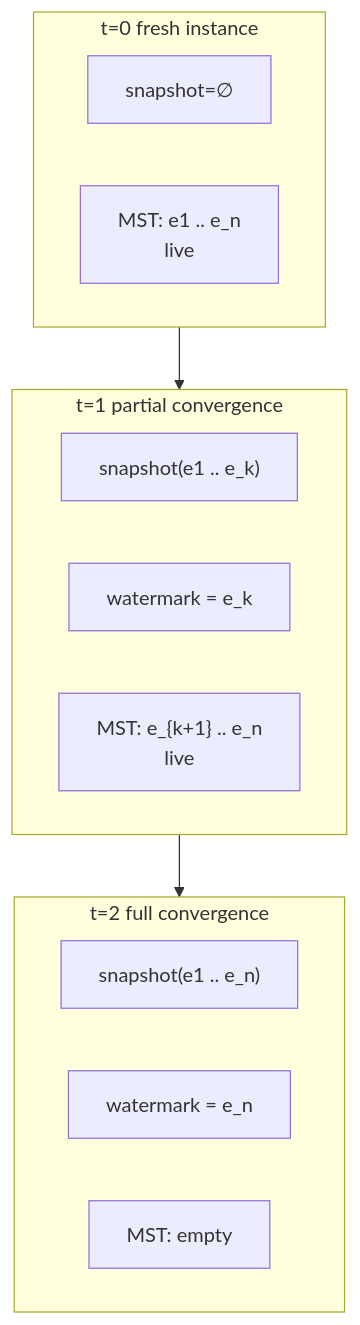
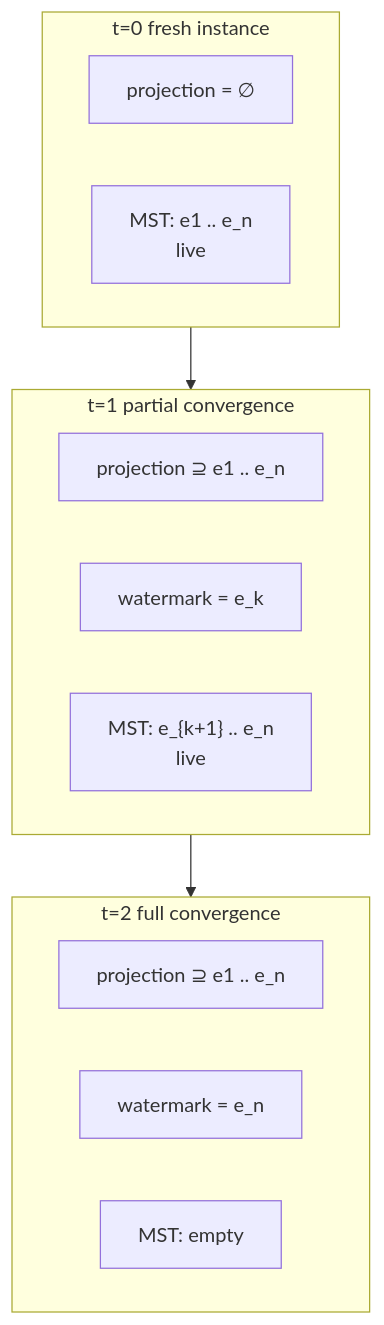
One commit to bondy-io/bondy changed the first of 15 diagrams in apps/bondy_db/doc_extras/architecture/06_compaction_and_bootstrap.md. Above: the diagram before and after it, drawn with Mermaid. The commit also changed other lines of this file and 449 other files, not shown here.

````diff
--- a/apps/bondy_db/doc_extras/architecture/06_compaction_and_bootstrap.md
+++ b/apps/bondy_db/doc_extras/architecture/06_compaction_and_bootstrap.md
@@ -31,19 +31,19 @@
 ```mermaid
 flowchart TD
     subgraph T0["t=0 fresh instance"]
-        S0["snapshot=∅"]
+        S0["projection = ∅"]
         M0["MST: e1 .. e_n<br/>live"]
     end
     subgraph T1["t=1 partial convergence"]
-        S1["snapshot(e1 .. e_k)"]
+        S1["projection ⊇ e1 .. e_n"]
         W1["watermark = e_k"]
         M1["MST: e_{k+1} .. e_n<br/>live"]
     end
     subgraph T2["t=2 full convergence"]
-        S2["snapshot(e1 .. e_n)"]
+        S2["projection ⊇ e1 .. e_n"]
         W2["watermark = e_n"]
         M2["MST: empty"]
     end
 
     T0 --> T1 --> T2
 ```
````
